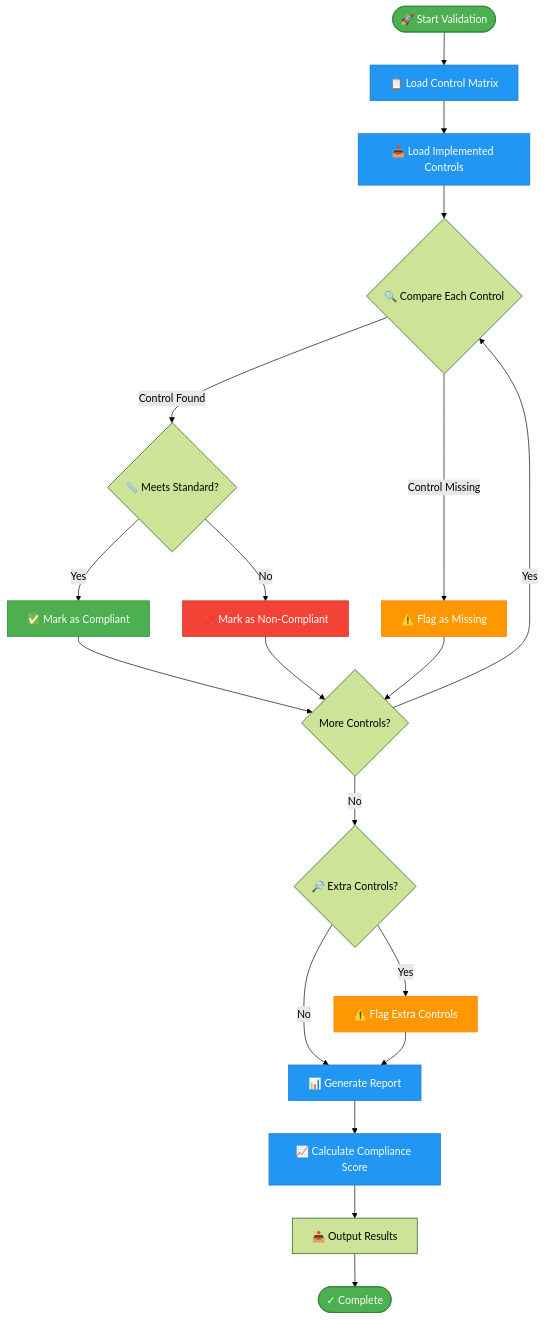
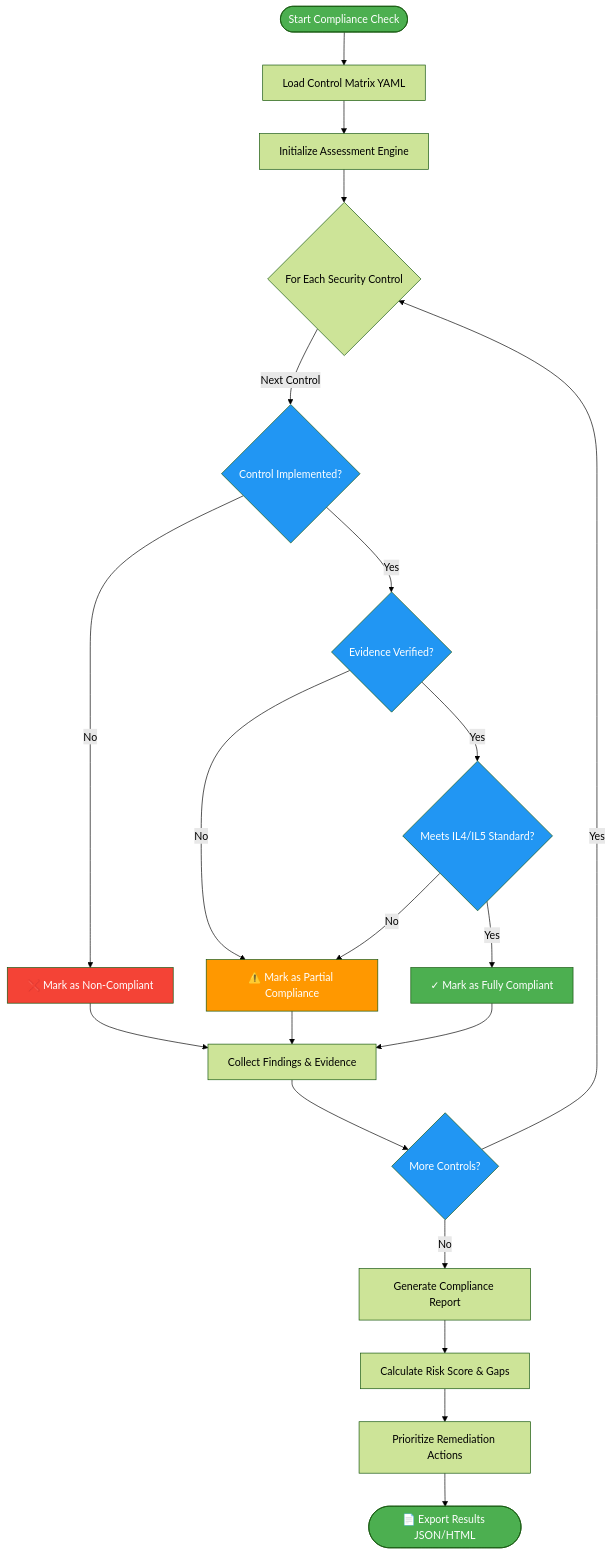
Before and after one commit to Suren-Jewels/Scripts-Toolkit: the third of 4 diagrams in security-compliance/il4-il5/README.md, drawn with Mermaid (forest theme). The commit also changed other lines of this file, not shown here.

````diff
--- a/security-compliance/il4-il5/README.md
+++ b/security-compliance/il4-il5/README.md
@@ -169,38 +145,41 @@
 ```mermaid
 flowchart TD
-    Start([🚀 Start Validation]) --> LoadMatrix[📋 Load Control Matrix]
-    LoadMatrix --> LoadImpl[📥 Load Implemented Controls]
-    LoadImpl --> CompareLoop{🔍 Compare Each Control}
+    Start([Start Compliance Check]) --> Step1[Load Control Matrix YAML]
+    Step1 --> Step2[Initialize Assessment Engine]
     
-    CompareLoop -->|Control Found| CheckStandard{📏 Meets Standard?}
-    CompareLoop -->|Control Missing| MarkMissing[⚠️ Flag as Missing]
+    Step2 --> Loop{For Each Security Control}
     
-    CheckStandard -->|Yes| MarkPass[✅ Mark as Compliant]
-    CheckStandard -->|No| MarkFail[❌ Mark as Non-Compliant]
+    Loop -->|Next Control| Decision1{Control Implemented?}
     
-    MarkPass --> CheckMore{More Controls?}
-    MarkFail --> CheckMore
-    MarkMissing --> CheckMore
+    Decision1 -->|No| Action1[❌ Mark as Non-Compliant]
+    Decision1 -->|Yes| Decision2{Evidence Verified?}
     
-    CheckMore -->|Yes| CompareLoop
-    CheckMore -->|No| CheckExtra{🔎 Extra Controls?}
+    Decision2 -->|No| Action2[⚠️ Mark as Partial Compliance]
+    Decision2 -->|Yes| Decision3{Meets IL4/IL5 Standard?}
     
-    CheckExtra -->|Yes| MarkExtra[⚠️ Flag Extra Controls]
-    CheckExtra -->|No| GenerateReport
-    MarkExtra --> GenerateReport
+    Decision3 -->|No| Action2
+    Decision3 -->|Yes| Action3[✓ Mark as Fully Compliant]
     
-    GenerateReport[📊 Generate Report] --> CalcScore[📈 Calculate Compliance Score]
-    CalcScore --> OutputResults[📤 Output Results]
-    OutputResults --> End([✓ Complete])
+    Action1 --> CollectFindings[Collect Findings & Evidence]
+    Action2 --> CollectFindings
+    Action3 --> CollectFindings
     
-    style Start fill:#4CAF50,stroke:#2E7D32,color:#fff
-    style End fill:#4CAF50,stroke:#2E7D32,color:#fff
-    style MarkPass fill:#4CAF50,stroke:#2E7D32,color:#fff
-    style MarkFail fill:#F44336,stroke:#C62828,color:#fff
-    style MarkMissing fill:#FF9800,stroke:#F57C00,color:#fff
-    style MarkExtra fill:#FF9800,stroke:#F57C00,color:#fff
-    style LoadMatrix fill:#2196F3,stroke:#1976D2,color:#fff
-    style LoadImpl fill:#2196F3,stroke:#1976D2,color:#fff
-    style GenerateReport fill:#2196F3,stroke:#1976D2,color:#fff
-    style CalcScore fill:#2196F3,stroke:#1976D2,color:#fff
+    CollectFindings --> MoreControls{More Controls?}
+    
+    MoreControls -->|Yes| Loop
+    MoreControls -->|No| Generate[Generate Compliance Report]
+    
+    Generate --> Calculate[Calculate Risk Score & Gaps]
+    Calculate --> Prioritize[Prioritize Remediation Actions]
+    Prioritize --> Output([📄 Export Results JSON/HTML])
+    
+    style Start fill:#4CAF50,color:#fff
+    style Output fill:#4CAF50,color:#fff
+    style Action3 fill:#4CAF50,color:#fff
+    style Action2 fill:#FF9800,color:#fff
+    style Action1 fill:#F44336,color:#fff
+    style Decision1 fill:#2196F3,color:#fff
+    style Decision2 fill:#2196F3,color:#fff
+    style Decision3 fill:#2196F3,color:#fff
+    style MoreControls fill:#2196F3,color:#fff
 ```
````
